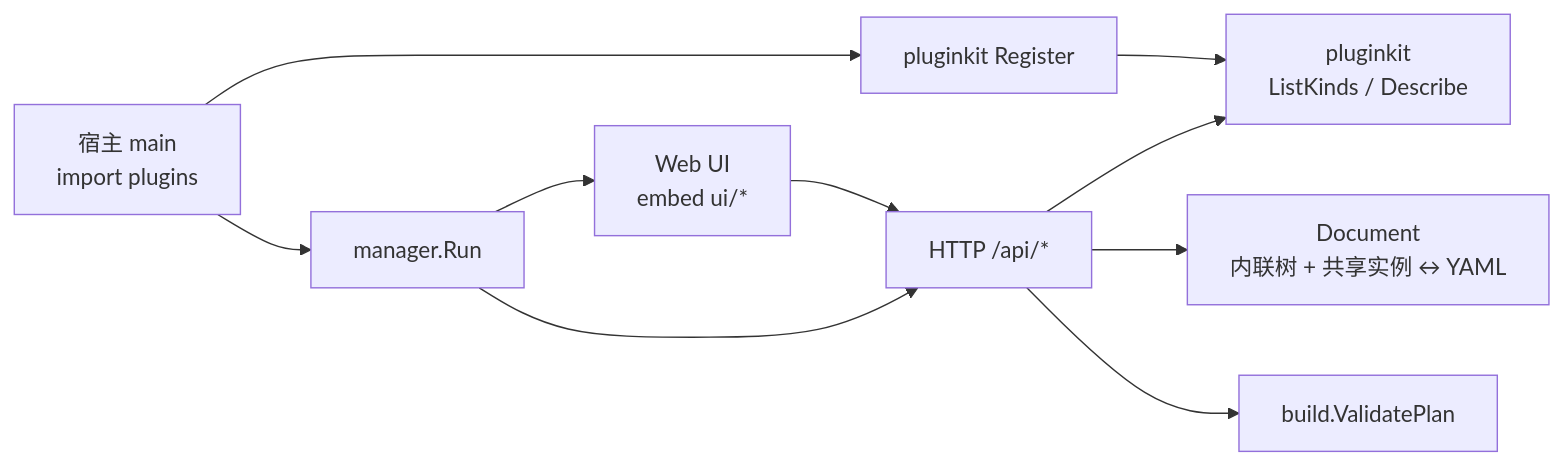
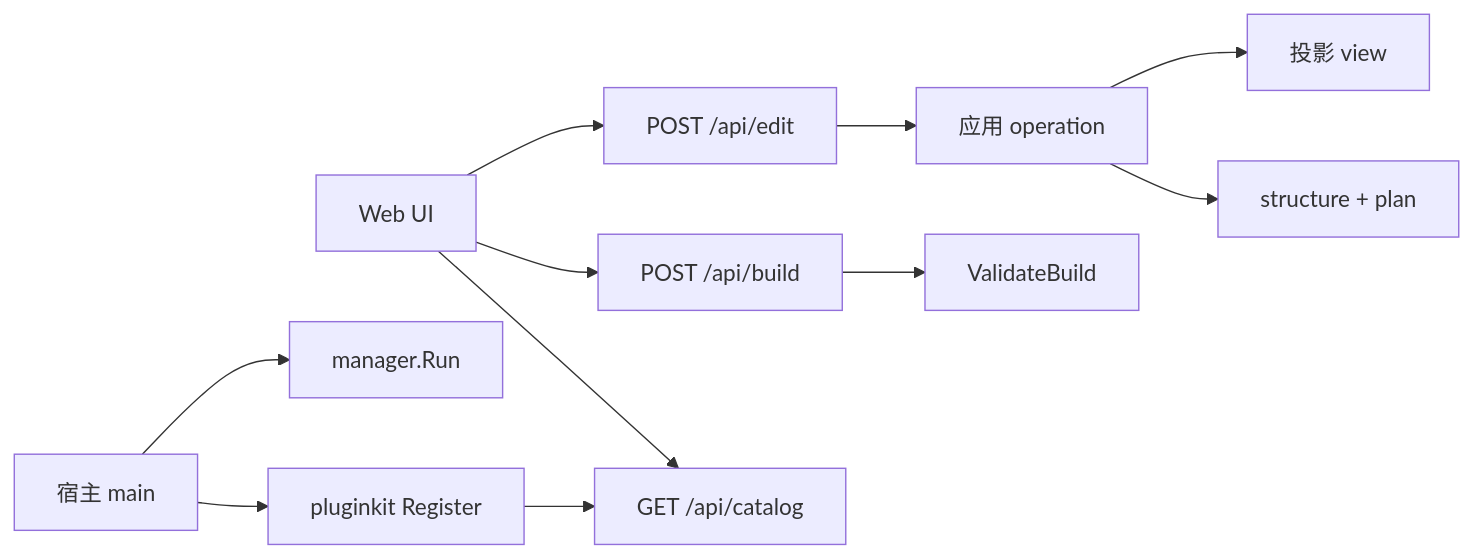
One commit to lengzhao/pluginkit changed the second of 3 diagrams in docs/2026-08-21-web-manager.md. Above: the diagram before and after it, drawn with Mermaid. The commit also changed other lines of this file and 2 other files, not shown here.

Commit message:
docs(manager): specify workbench redesign with edit API

````diff
--- a/docs/2026-08-21-web-manager.md
+++ b/docs/2026-08-21-web-manager.md
@@ -58,12 +149,13 @@
 ```mermaid
 flowchart LR
-  Main["宿主 main\nimport plugins"] --> REG["pluginkit Register"]
+  Main["宿主 main"] --> REG["pluginkit Register"]
   Main --> MGR["manager.Run"]
-  UI["Web UI\nembed ui/*"] --> API["HTTP /api/*"]
-  MGR --> UI
-  MGR --> API
-  API --> PK["pluginkit\nListKinds / Describe"]
-  API --> DOC["Document\n内联树 + 共享实例 ↔ YAML"]
-  API --> BUILD["build.ValidatePlan"]
-  REG --> PK
+  UI["Web UI"] --> EDIT["POST /api/edit"]
+  UI --> BUILD["POST /api/build"]
+  UI --> CAT["GET /api/catalog"]
+  EDIT --> OP["应用 operation"]
+  OP --> VIEW["投影 view"]
+  OP --> VAL["structure + plan"]
+  BUILD --> NEW["ValidateBuild"]
+  REG --> CAT
 ```
````
